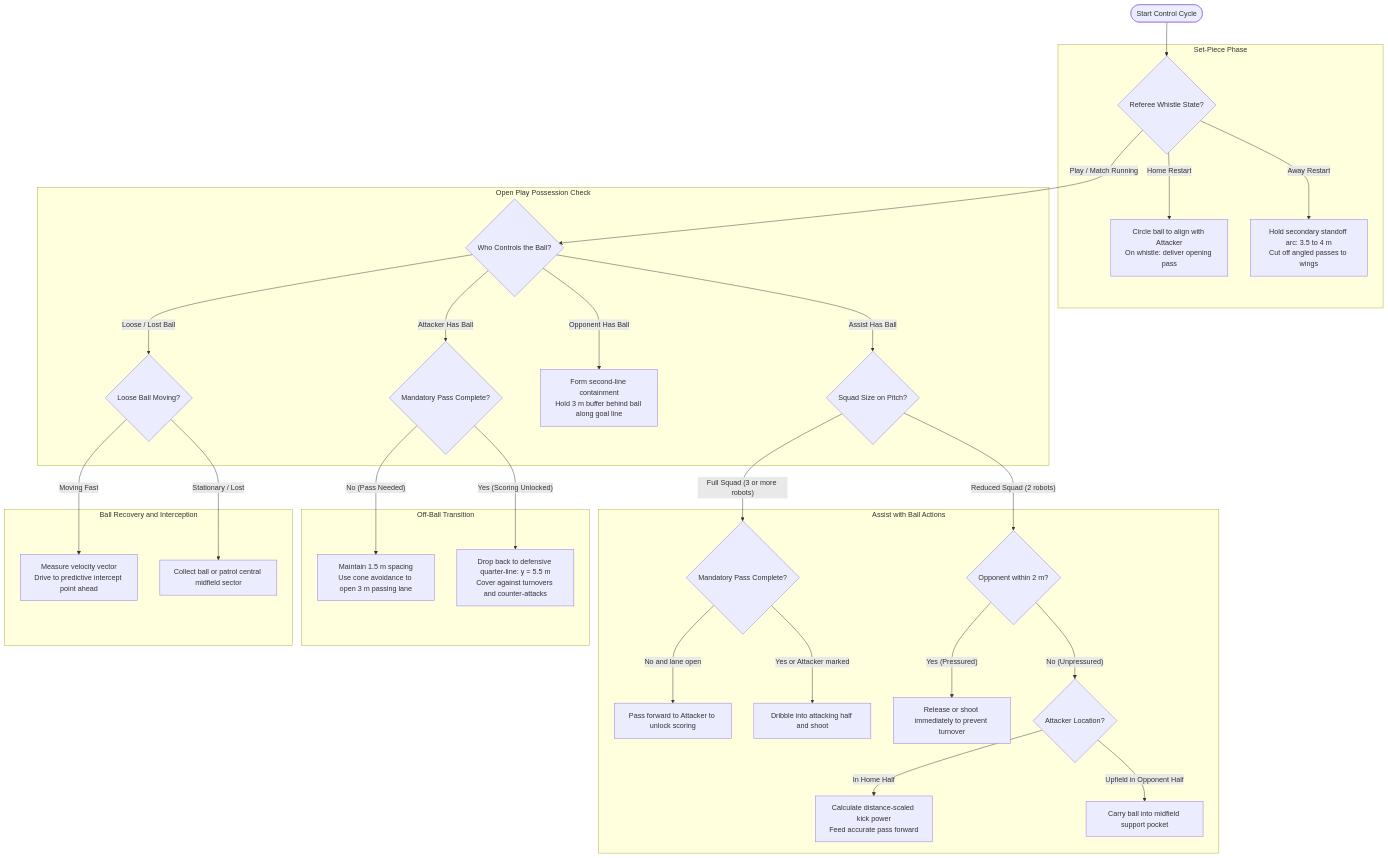
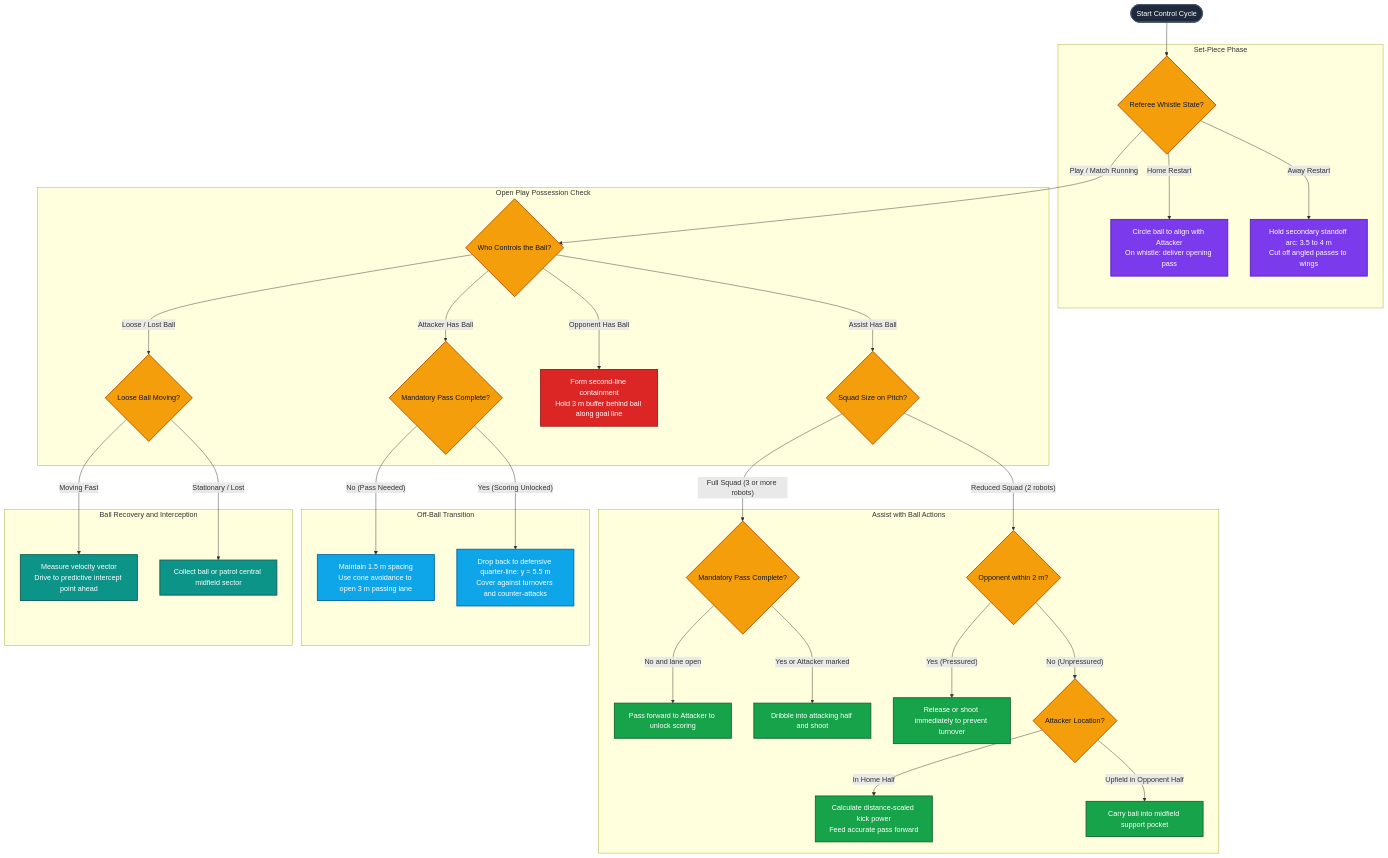
The diagram in pages/projects/assist_play_strategy.md (apt2736/markdown-portfolio), drawn with Mermaid before and after one commit. The commit also changed other lines of this file and 6 other files, not shown here.

````diff
--- a/pages/projects/assist_play_strategy.md
+++ b/pages/projects/assist_play_strategy.md
@@ -23,42 +23,58 @@
 ```mermaid
 flowchart TD
     Start(["Start Control Cycle"]) --> CheckRef{"Referee Whistle State?"}
 
     subgraph AssistSetPiece ["Set-Piece Phase"]
         CheckRef -->|"Home Restart"| HomeRestart["Circle ball to align with Attacker<br/>On whistle: deliver opening pass"]
         CheckRef -->|"Away Restart"| AwayRestart["Hold secondary standoff arc: 3.5 to 4 m<br/>Cut off angled passes to wings"]
     end
 
     subgraph AssistOpenPlay ["Open Play Possession Check"]
         CheckRef -->|"Play / Match Running"| CheckBall{"Who Controls the Ball?"}
 
         CheckBall -->|"Assist Has Ball"| SquadCheck{"Squad Size on Pitch?"}
         CheckBall -->|"Attacker Has Ball"| PassCover{"Mandatory Pass Complete?"}
         CheckBall -->|"Opponent Has Ball"| SecondLine["Form second-line containment<br/>Hold 3 m buffer behind ball along goal line"]
         CheckBall -->|"Loose / Lost Ball"| BallDynamic{"Loose Ball Moving?"}
     end
 
     subgraph BallPossession ["Assist with Ball Actions"]
         SquadCheck -->|"Full Squad (3 or more robots)"| PassCheck{"Mandatory Pass Complete?"}
         SquadCheck -->|"Reduced Squad (2 robots)"| PressureCheck{"Opponent within 2 m?"}
 
         PassCheck -->|"No and lane open"| PassToAttacker["Pass forward to Attacker to unlock scoring"]
         PassCheck -->|"Yes or Attacker marked"| DriveAndShoot["Dribble into attacking half and shoot"]
 
         PressureCheck -->|"Yes (Pressured)"| PanicClear["Release or shoot immediately to prevent turnover"]
         PressureCheck -->|"No (Unpressured)"| AttackerPos{"Attacker Location?"}
 
         AttackerPos -->|"In Home Half"| ScaledPass["Calculate distance-scaled kick power<br/>Feed accurate pass forward"]
         AttackerPos -->|"Upfield in Opponent Half"| MidfieldPocket["Carry ball into midfield support pocket"]
     end
 
     subgraph OffBallTransition ["Off-Ball Transition"]
         PassCover -->|"No (Pass Needed)"| CreateLane["Maintain 1.5 m spacing<br/>Use cone avoidance to open 3 m passing lane"]
         PassCover -->|"Yes (Scoring Unlocked)"| DropCover["Drop back to defensive quarter-line: y = 5.5 m<br/>Cover against turnovers and counter-attacks"]
     end
 
     subgraph LooseBallTracking ["Ball Recovery and Interception"]
         BallDynamic -->|"Moving Fast"| Intercept["Measure velocity vector<br/>Drive to predictive intercept point ahead"]
         BallDynamic -->|"Stationary / Lost"| MidfieldPatrol["Collect ball or patrol central midfield sector"]
     end
+
+    classDef entry fill:#1e293b,stroke:#475569,stroke-width:2px,color:#ffffff;
+    classDef decision fill:#f59e0b,stroke:#b45309,stroke-width:2px,color:#0f172a;
+    classDef setpiece fill:#7c3aed,stroke:#5b21b6,stroke-width:2px,color:#ffffff;
+    classDef hasball fill:#16a34a,stroke:#166534,stroke-width:2px,color:#ffffff;
+    classDef offball fill:#0ea5e9,stroke:#0369a1,stroke-width:2px,color:#ffffff;
+    classDef defense fill:#dc2626,stroke:#991b1b,stroke-width:2px,color:#ffffff;
+    classDef recovery fill:#0d9488,stroke:#115e59,stroke-width:2px,color:#ffffff;
+
+    class Start entry;
+    class CheckRef,CheckBall,SquadCheck,PassCover,BallDynamic,PassCheck,PressureCheck,AttackerPos decision;
+    class HomeRestart,AwayRestart setpiece;
+    class PassToAttacker,DriveAndShoot,PanicClear,ScaledPass,MidfieldPocket hasball;
+    class CreateLane,DropCover offball;
+    class SecondLine defense;
+    class Intercept,MidfieldPatrol recovery;
 ```
````
